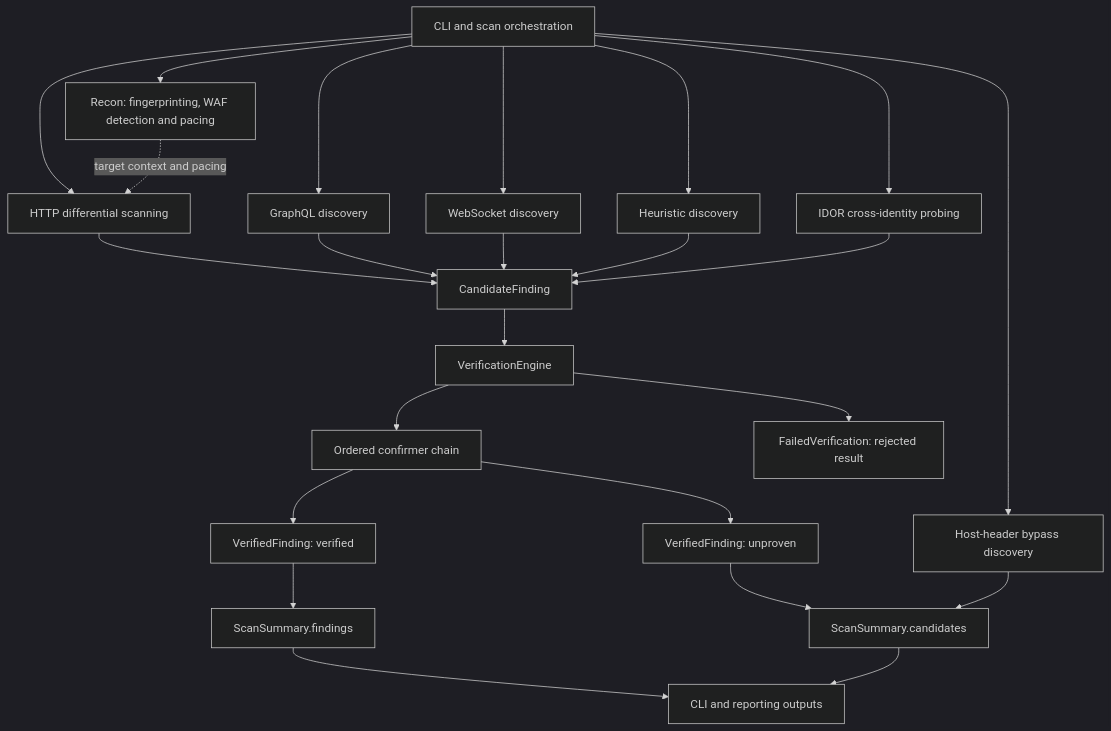
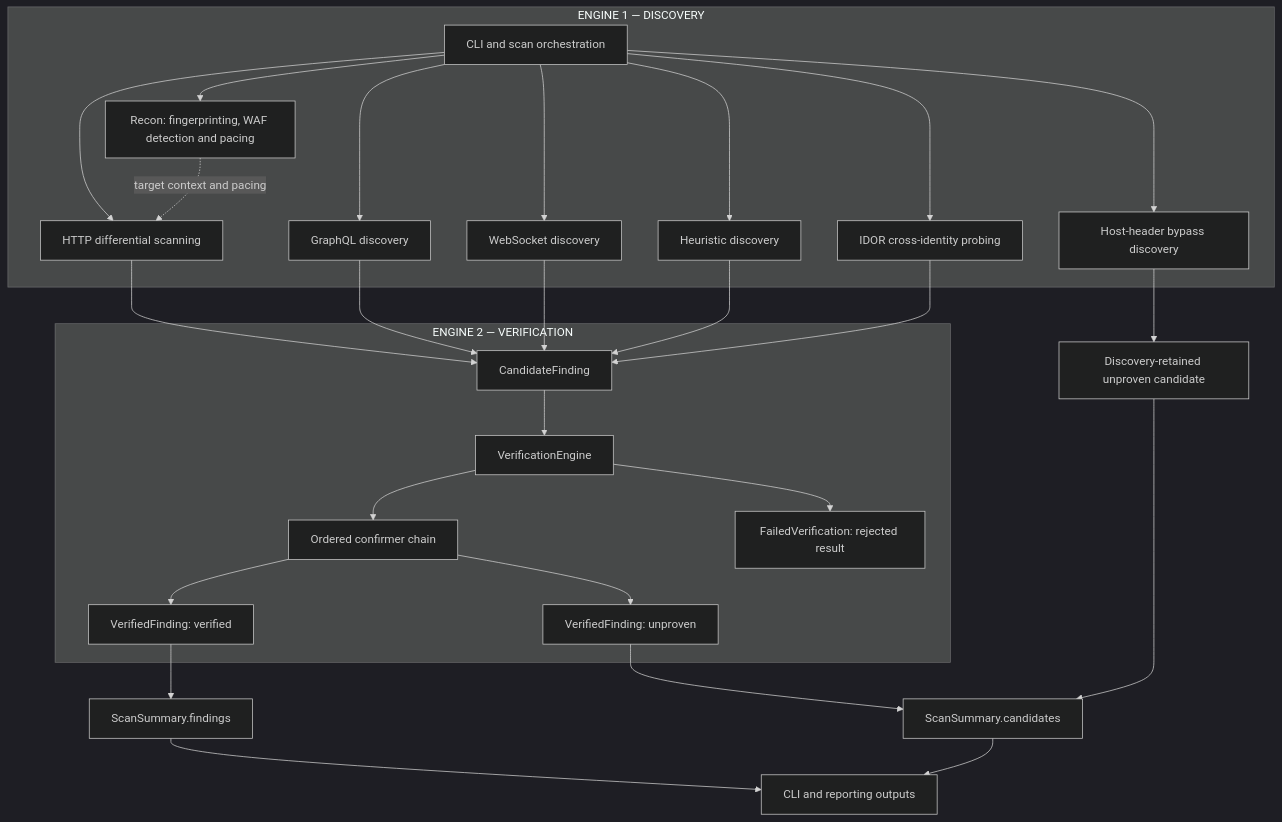
Before and after one commit to Hetaireia/janissary: the diagram in README.md, drawn with Mermaid (dark theme). The commit also changed other lines of this file, not shown here.

Commit message:
docs: correct README architecture and benchmark guidance

````diff
--- a/README.md
+++ b/README.md
@@ -84,33 +84,38 @@
 ```mermaid
 flowchart TD
     CLI["CLI and scan orchestration"]
 
+    subgraph DISCOVERY["ENGINE 1 — DISCOVERY"]
     CLI --> RECON["Recon: fingerprinting, WAF detection and pacing"]
     CLI --> HTTP["HTTP differential scanning"]
     RECON -. "target context and pacing" .-> HTTP
     CLI --> GQL["GraphQL discovery"]
     CLI --> WS["WebSocket discovery"]
     CLI --> HB["Host-header bypass discovery"]
     CLI --> HEUR["Heuristic discovery"]
     CLI --> IDOR["IDOR cross-identity probing"]
+    end
 
     HTTP --> CAND["CandidateFinding"]
     GQL --> CAND
     WS --> CAND
     HEUR --> CAND
     IDOR --> CAND
 
+    subgraph VERIFICATION["ENGINE 2 — VERIFICATION"]
     CAND --> VE["VerificationEngine"]
     VE --> CONF["Ordered confirmer chain"]
 
     CONF --> VERIFIED["VerifiedFinding: verified"]
     CONF --> UNPROVEN["VerifiedFinding: unproven"]
     VE --> FAILED["FailedVerification: rejected result"]
+    end
 
     VERIFIED --> FINDINGS["ScanSummary.findings"]
     UNPROVEN --> CANDIDATES["ScanSummary.candidates"]
-    HB --> CANDIDATES
+    HB --> DIRECT["Discovery-retained unproven candidate"]
+    DIRECT --> CANDIDATES
 
     FINDINGS --> OUTPUT["CLI and reporting outputs"]
     CANDIDATES --> OUTPUT
 ```
````
